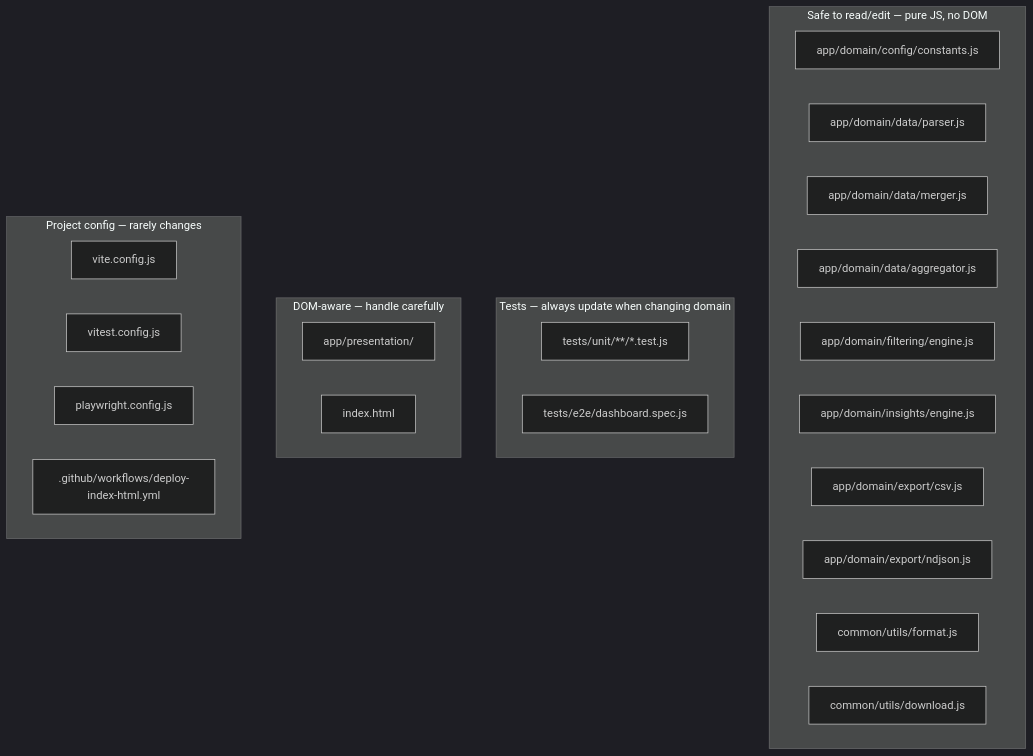
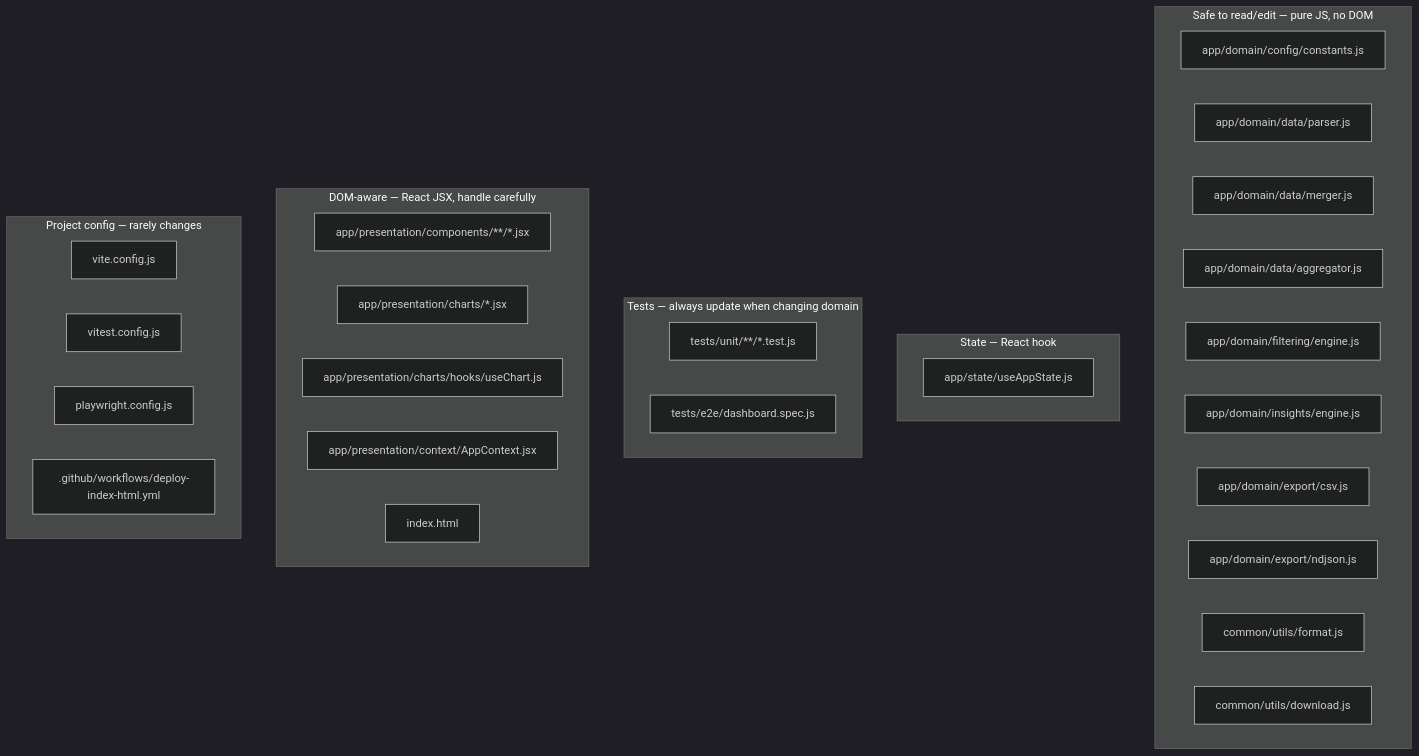
Before and after one commit to kinncj/GitHub-Copilot-Enterprise-Dashboard: the diagram in AGENTS.md, drawn with Mermaid (dark theme). The commit also changed other lines of this file and 54 other files, not shown here.

````diff
--- a/AGENTS.md
+++ b/AGENTS.md
@@ -24,32 +24,39 @@
 ```mermaid
 graph TD
     subgraph Safe["Safe to read/edit — pure JS, no DOM"]
         D1[app/domain/config/constants.js]
         D2[app/domain/data/parser.js]
         D3[app/domain/data/merger.js]
         D4[app/domain/data/aggregator.js]
         D5[app/domain/filtering/engine.js]
         D6[app/domain/insights/engine.js]
         D7[app/domain/export/csv.js]
         D8[app/domain/export/ndjson.js]
         C1[common/utils/format.js]
         C2[common/utils/download.js]
     end
 
+    subgraph State["State — React hook"]
+        S1[app/state/useAppState.js]
+    end
+
     subgraph Tests["Tests — always update when changing domain"]
         T1[tests/unit/**/*.test.js]
         T2[tests/e2e/dashboard.spec.js]
     end
 
-    subgraph Presentation["DOM-aware — handle carefully"]
-        P1[app/presentation/]
-        P2[index.html]
+    subgraph Presentation["DOM-aware — React JSX, handle carefully"]
+        P1[app/presentation/components/**/*.jsx]
+        P2[app/presentation/charts/*.jsx]
+        P3[app/presentation/charts/hooks/useChart.js]
+        P4[app/presentation/context/AppContext.jsx]
+        P5[index.html]
     end
 
     subgraph Config["Project config — rarely changes"]
         X1[vite.config.js]
         X2[vitest.config.js]
         X3[playwright.config.js]
         X4[.github/workflows/deploy-index-html.yml]
     end
 ```
````
